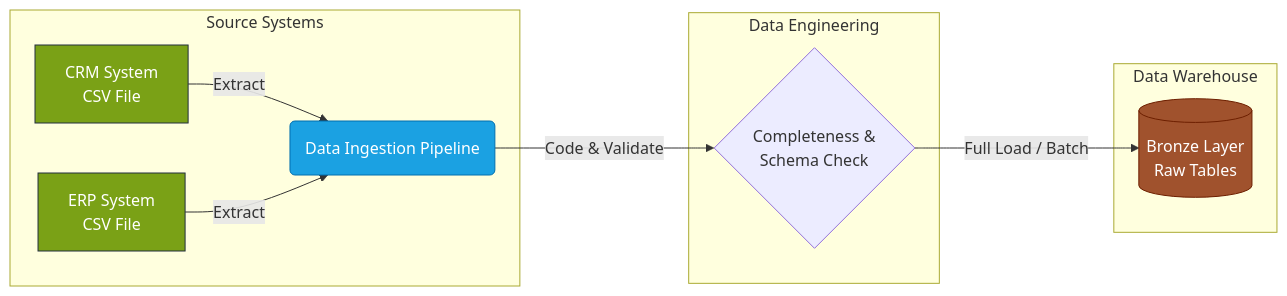
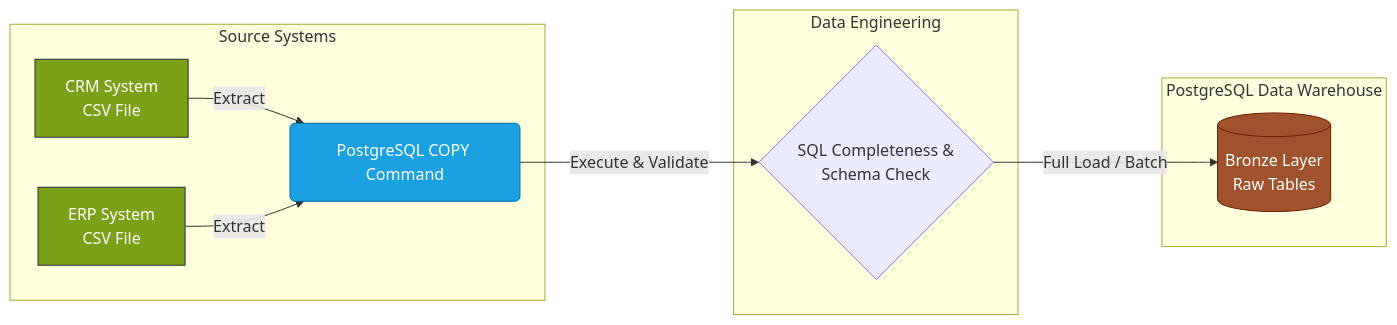
Before and after one commit to parvezshahriar/sql-data-warehouse-project: the first of 3 diagrams in README.md, drawn with Mermaid. The commit also changed other lines of this file, not shown here.

First line of the commit message:
Revise README for PostgreSQL integration and clarity

````diff
--- a/README.md
+++ b/README.md
@@ -25,20 +25,20 @@
 ```mermaid
 graph LR
     subgraph Source Systems
-        A[CRM System <br/> CSV File] -->|Extract| C(Data Ingestion Pipeline)
+        A[CRM System <br/> CSV File] -->|Extract| C(PostgreSQL COPY Command)
         B[ERP System <br/> CSV File] -->|Extract| C
     end
 
     subgraph Data Engineering
-        C -->|Code & Validate| D{Completeness & <br/> Schema Check}
+        C -->|Execute & Validate| D{SQL Completeness & <br/> Schema Check}
     end
 
-    subgraph Data Warehouse
+    subgraph PostgreSQL Data Warehouse
         D -->|Full Load / Batch| E[(Bronze Layer <br/> Raw Tables)]
     end
 
     style A fill:#7AA116,stroke:#232F3E,color:#fff
     style B fill:#7AA116,stroke:#232F3E,color:#fff
     style C fill:#1ba1e2,stroke:#006EAF,color:#fff
     style E fill:#a0522d,stroke:#6D1F00,color:#fff
 ```
````
